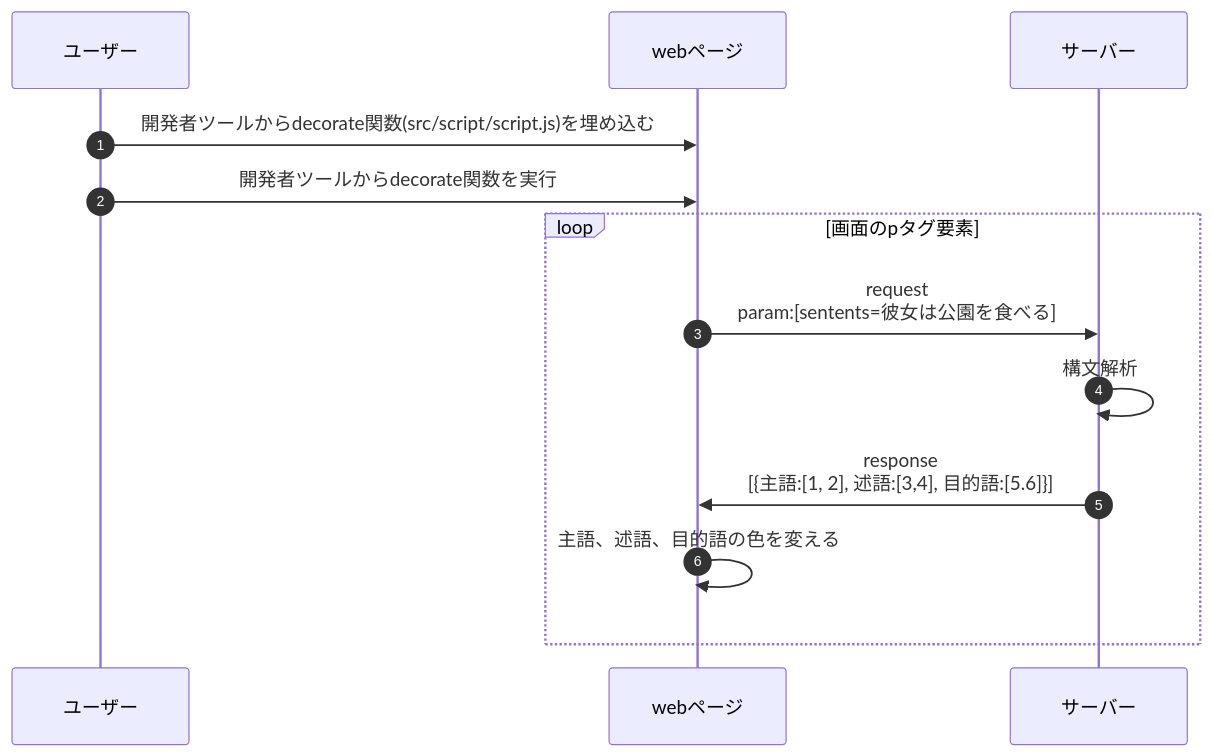
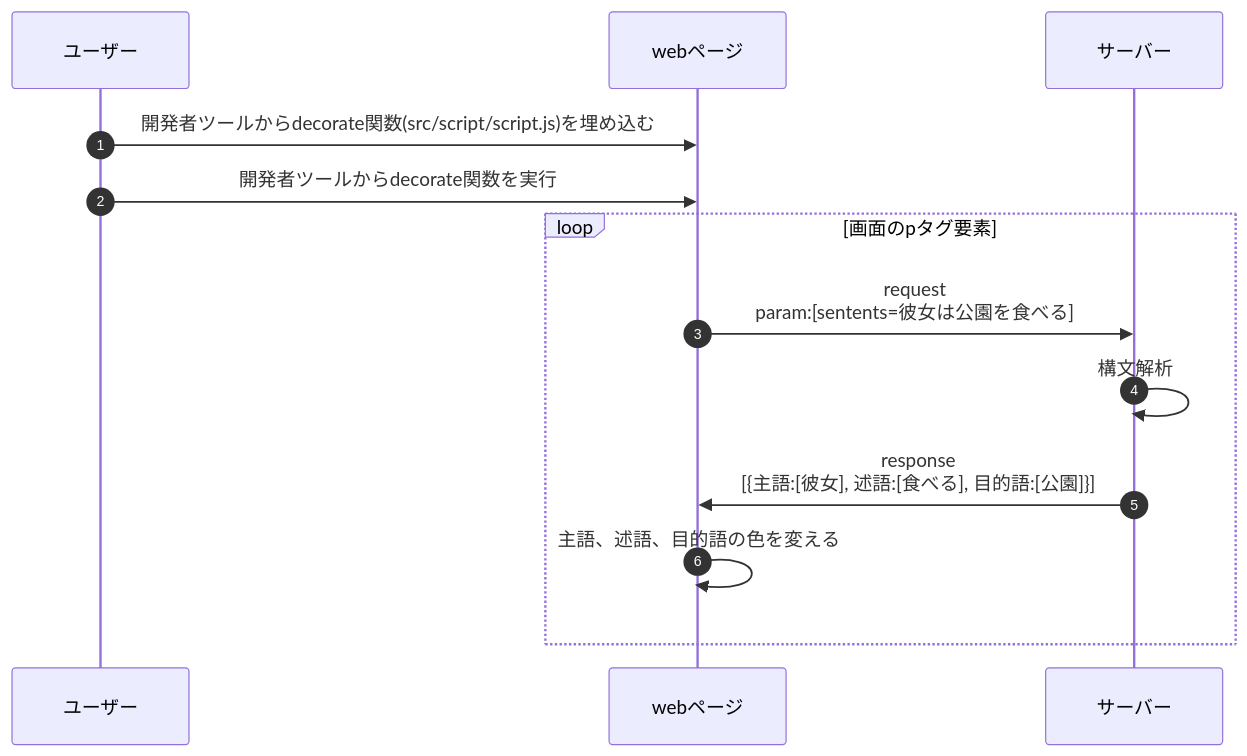
The diagram in README.md (ritogk/sentence-decorate), drawn with Mermaid before and after one commit.

````diff
--- a/README.md
+++ b/README.md
@@ -9,12 +9,12 @@
 ```mermaid
 sequenceDiagram
 	autonumber
 	ユーザー->>webページ:開発者ツールからdecorate関数(src/script/script.js)を埋め込む
 	ユーザー->>webページ:開発者ツールからdecorate関数を実行
 	loop 画面のpタグ要素
 		webページ->>サーバー:request<br> param:[sentents=彼女は公園を食べる]
 		サーバー->>サーバー:構文解析
-		サーバー->>webページ:response <br>[{主語:[1, 2], 述語:[3,4], 目的語:[5.6]}]
+		サーバー->>webページ:response <br>[{主語:[彼女], 述語:[食べる], 目的語:[公園]}]
 		webページ->>webページ:主語、述語、目的語の色を変える
 	end
 ```
````
